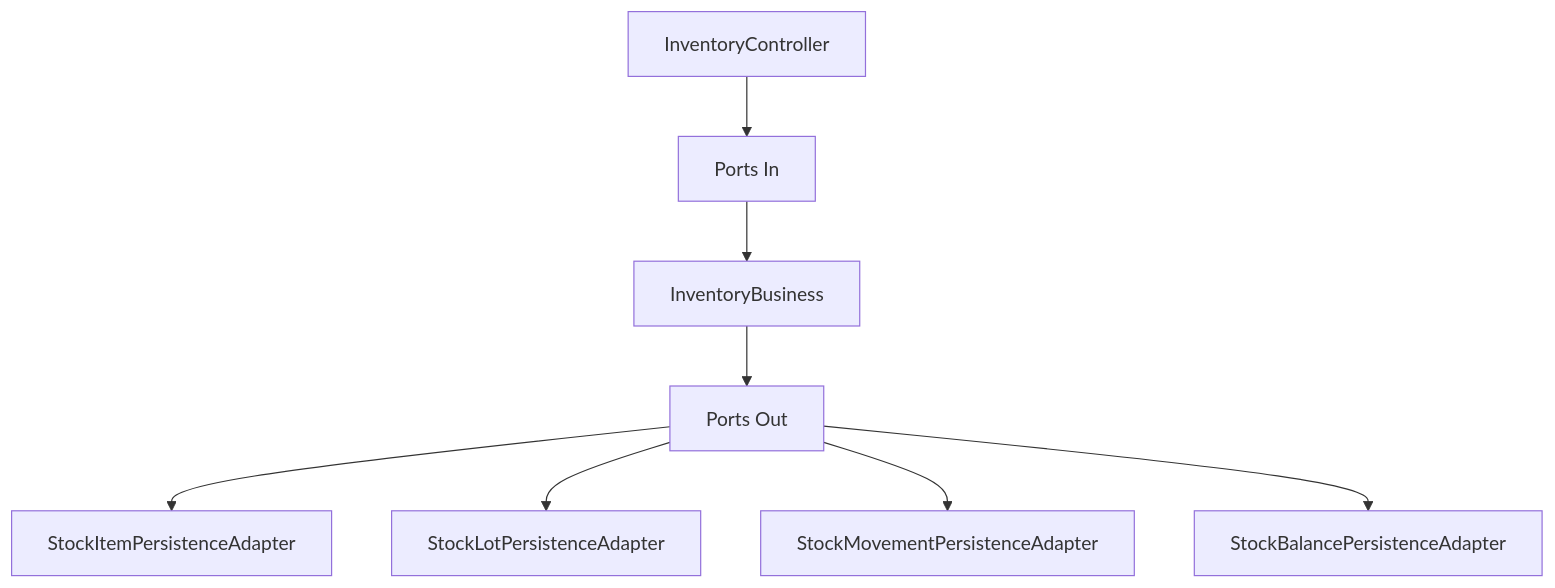
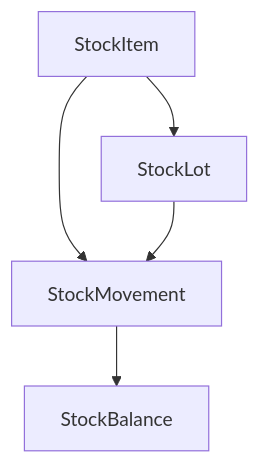
Before and after one commit to AlbertoVilar/caprigestor-backend: the diagram in docs/02-modules/INVENTORY_MODULE.md, drawn with Mermaid. The commit also changed other lines of this file and 1 other file, not shown here.

Commit message:
docs_inventory_polish_inventory_module_and_adr

````diff
--- a/docs/02-modules/INVENTORY_MODULE.md
+++ b/docs/02-modules/INVENTORY_MODULE.md
@@ -162,10 +34,7 @@
 ```mermaid
 graph TD
-    A[InventoryController] --> B[Ports In]
-    B --> C[InventoryBusiness]
-    C --> D[Ports Out]
-    D --> E[StockItemPersistenceAdapter]
-    D --> F[StockLotPersistenceAdapter]
-    D --> G[StockMovementPersistenceAdapter]
-    D --> H[StockBalancePersistenceAdapter]
+    Item[StockItem] --> Lot[StockLot]
+    Item --> Movement[StockMovement]
+    Lot --> Movement
+    Movement --> Balance[StockBalance]
 ```
````
